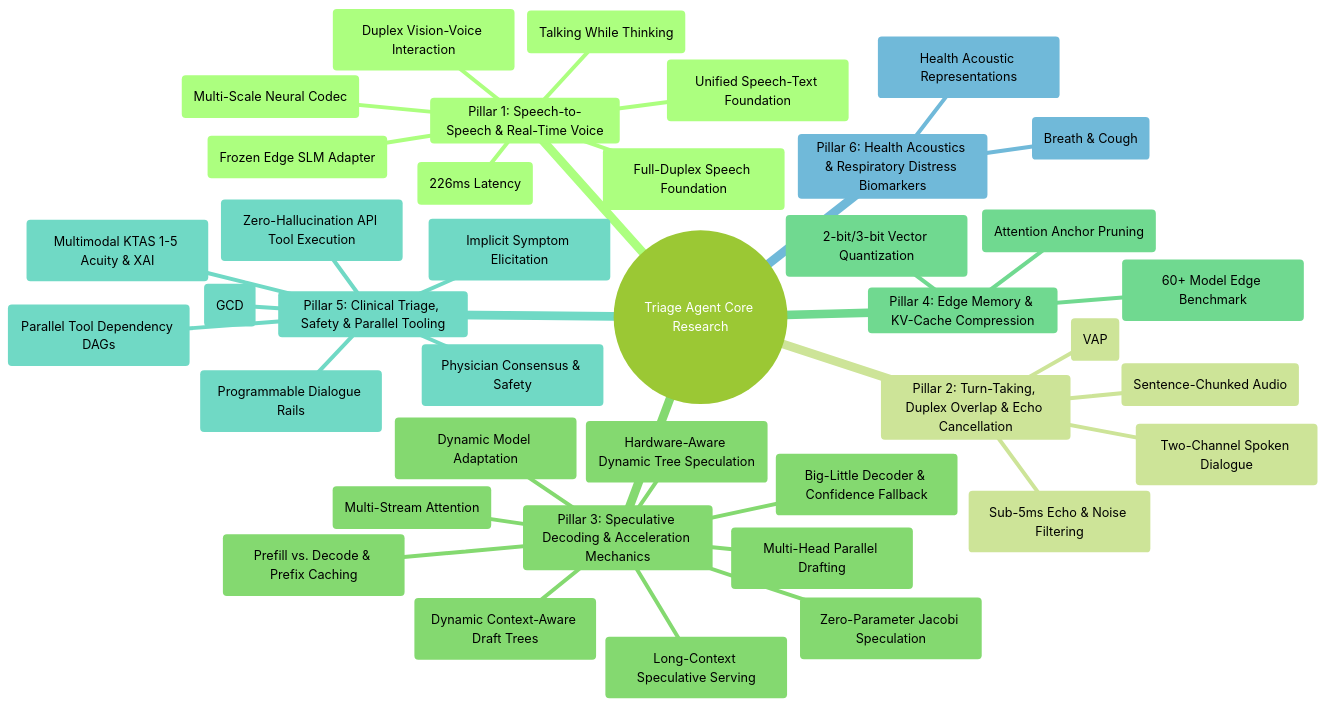
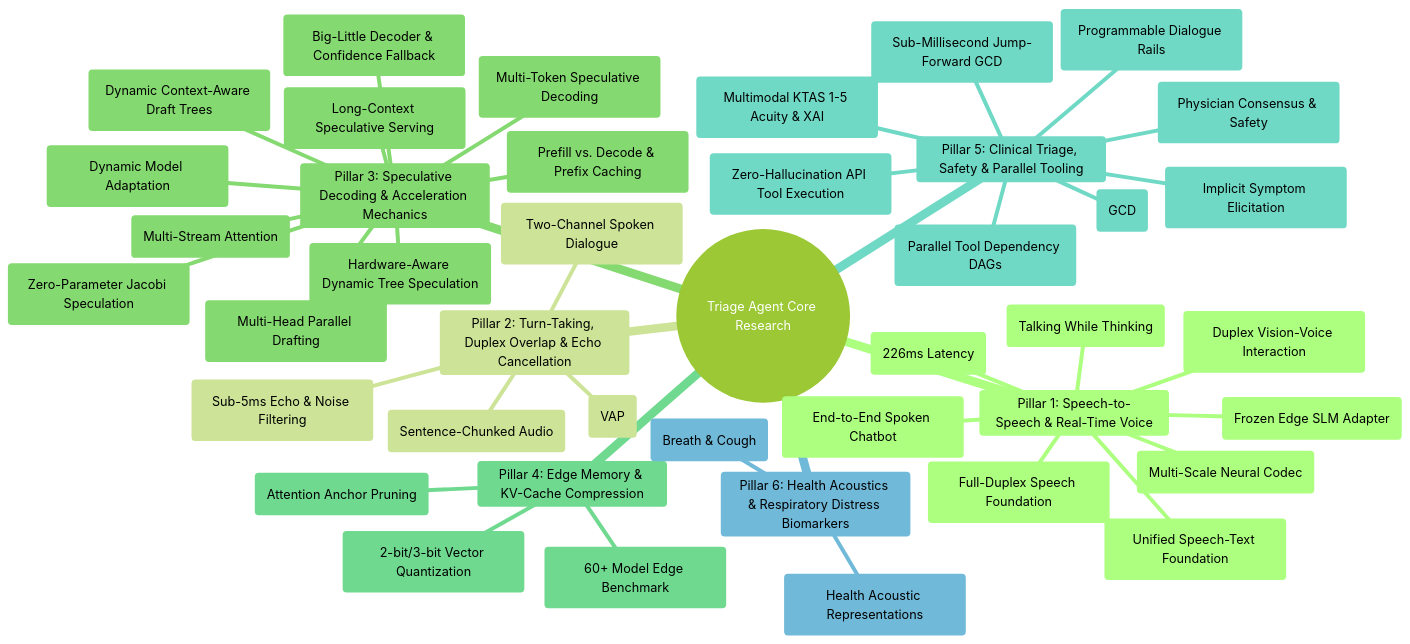
Before and after one commit to albinpshaji/Mini-project: the diagram in literature_impact_report.md, drawn with Mermaid (forest theme). The commit also changed other lines of this file and 1 other file, not shown here.

````diff
--- a/literature_impact_report.md
+++ b/literature_impact_report.md
@@ -14,42 +14,45 @@
 ```mermaid
 mindmap
   root((Triage Agent Core Research))
     Pillar 1: Speech-to-Speech & Real-Time Voice
       Mini-Omni (Talking While Thinking)
       LLaMA-Omni (226ms Latency)
       Moshi (Full-Duplex Speech Foundation)
       Freeze-Omni (Frozen Edge SLM Adapter)
       SNAC (Multi-Scale Neural Codec)
       Mini-Omni2 (Duplex Vision-Voice Interaction)
       AudioPaLM (Unified Speech-Text Foundation)
+      GLM-4-Voice (End-to-End Spoken Chatbot)
     Pillar 2: Turn-Taking, Duplex Overlap & Echo Cancellation
       Voice Activity Projection (VAP)
       DeepFilterNet (Sub-5ms Echo & Noise Filtering)
       NVIDIA Incremental TTS (Sentence-Chunked Audio)
       Meta dGSLM (Two-Channel Spoken Dialogue)
     Pillar 3: Speculative Decoding & Acceleration Mechanics
       EAGLE-2 (Dynamic Context-Aware Draft Trees)
       Lookahead Decoding (Zero-Parameter Jacobi Speculation)
       Apple Speculative Streaming (Multi-Stream Attention)
       ASPLOS'25 NPU (Prefill vs. Decode & Prefix Caching)
       Medusa (Multi-Head Parallel Drafting)
       Sequoia (Hardware-Aware Dynamic Tree Speculation)
       MagicDec (Long-Context Speculative Serving)
       BiLD (Big-Little Decoder & Confidence Fallback)
       Online Speculative Decoding (Dynamic Model Adaptation)
+      DeepSeek-V3 MTP (Multi-Token Speculative Decoding)
     Pillar 4: Edge Memory & KV-Cache Compression
       SnapKV (Attention Anchor Pruning)
       KVQuant (2-bit/3-bit Vector Quantization)
       ACL'25 Demystifying SLMs (60+ Model Edge Benchmark)
     Pillar 5: Clinical Triage, Safety & Parallel Tooling
       LLMCompiler (Parallel Tool Dependency DAGs)
       Gorilla (Zero-Hallucination API Tool Execution)
       EMNLP'23 Grammar-Constrained Decoding (GCD)
       Aston ACM'24 (Multimodal KTAS 1-5 Acuity & XAI)
       ACL'18 Automatic Diagnosis (Implicit Symptom Elicitation)
       NVIDIA NeMo Guardrails (Programmable Dialogue Rails)
       Google Med-PaLM 2 (Physician Consensus & Safety)
+      XGrammar (Sub-Millisecond Jump-Forward GCD)
     Pillar 6: Health Acoustics & Respiratory Distress Biomarkers
       Google HeAR (Health Acoustic Representations)
       End-to-End Respiratory Sound Detection (Breath & Cough)
 ```
````
